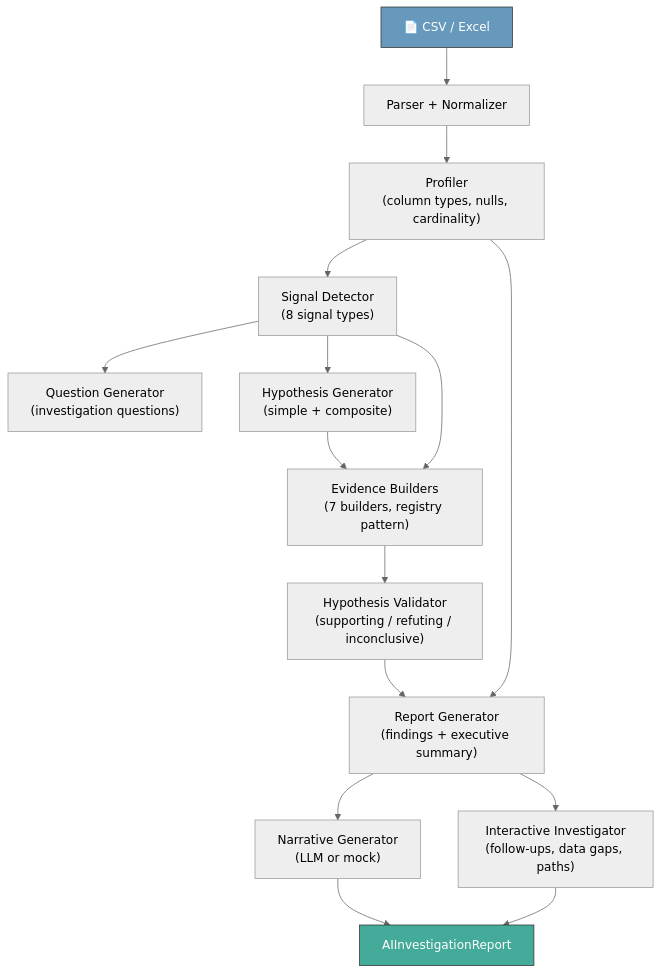
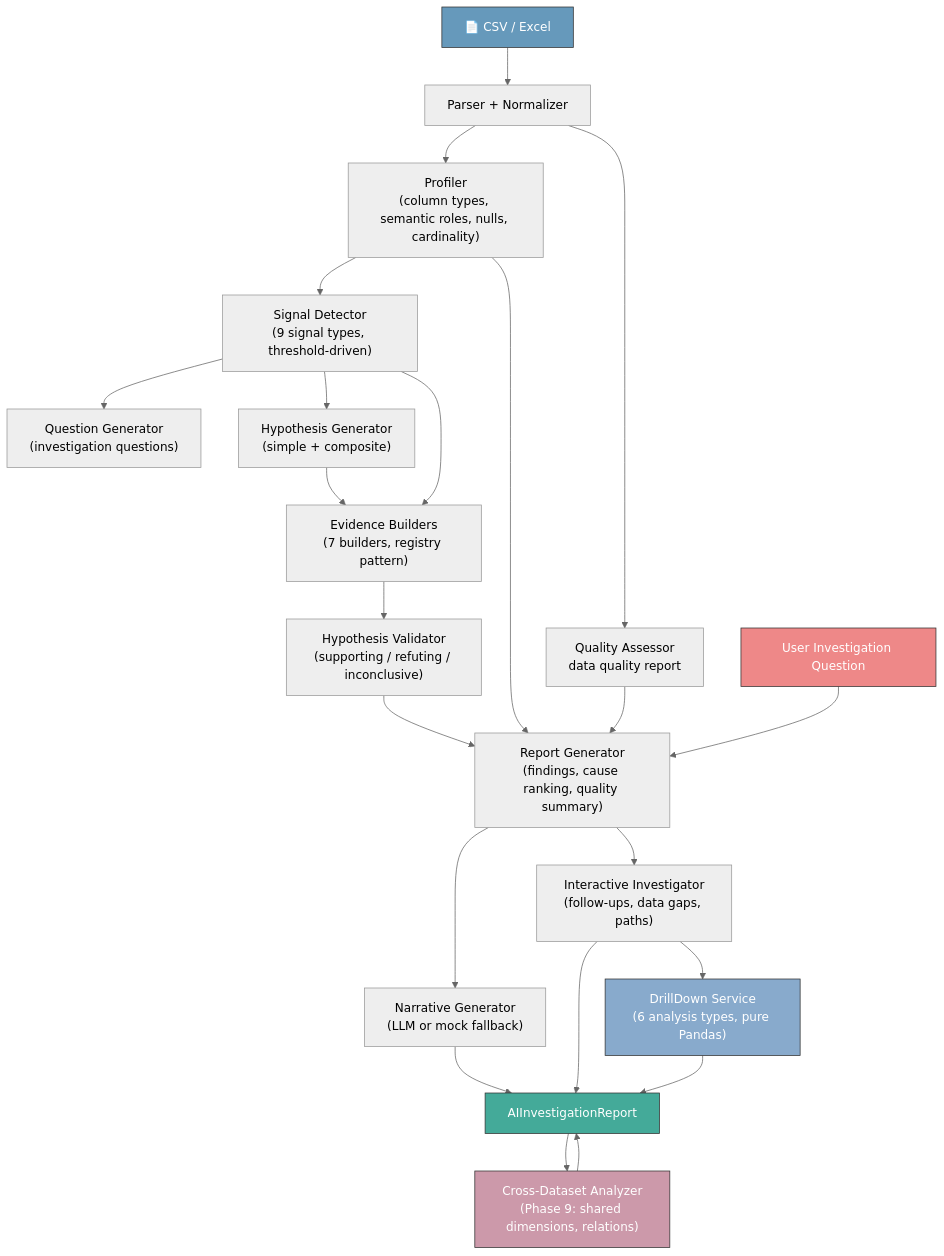
Before and after one commit to Nakurusu/Evidence-Grounded-Investigation-Agent: the diagram in docs/architecture.md, drawn with Mermaid (neutral theme). The commit also changed other lines of this file and 4 other files, not shown here.

````diff
--- a/docs/architecture.md
+++ b/docs/architecture.md
@@ -5,22 +5,34 @@
 ```mermaid
 flowchart TD
     CSV["📄 CSV / Excel"] --> P["Parser + Normalizer"]
-    P --> PROFILE["Profiler\n(column types, nulls, cardinality)"]
-    PROFILE --> SIGNALS["Signal Detector\n(8 signal types)"]
+    P --> QUALITY["Quality Assessor\ndata quality report"]
+    P --> PROFILE["Profiler\n(column types, semantic roles, nulls, cardinality)"]
+    PROFILE --> SIGNALS["Signal Detector\n(9 signal types, threshold-driven)"]
     SIGNALS --> QUESTIONS["Question Generator\n(investigation questions)"]
     SIGNALS --> HYPOTHESES["Hypothesis Generator\n(simple + composite)"]
     HYPOTHESES --> EVIDENCE["Evidence Builders\n(7 builders, registry pattern)"]
     SIGNALS --> EVIDENCE
     EVIDENCE --> VALIDATE["Hypothesis Validator\n(supporting / refuting / inconclusive)"]
-    PROFILE --> REPORT["Report Generator\n(findings + executive summary)"]
-    VALIDATE --> REPORT
+    VALIDATE --> REPORT["Report Generator\n(findings, cause ranking, quality summary)"]
+    PROFILE --> REPORT
+    QUALITY --> REPORT
+    QUESTION["User Investigation Question"] --> REPORT
 
-    REPORT --> NARRATIVE["Narrative Generator\n(LLM or mock)"]
+    REPORT --> NARRATIVE["Narrative Generator\n(LLM or mock fallback)"]
     NARRATIVE --> AIREPORT["AIInvestigationReport"]
 
     REPORT --> INTERACTIVE["Interactive Investigator\n(follow-ups, data gaps, paths)"]
     INTERACTIVE --> AIREPORT
 
+    INTERACTIVE --> DRILLDOWN["DrillDown Service\n(6 analysis types, pure Pandas)"]
+    DRILLDOWN --> AIREPORT
+
+    AIREPORT --> CROSS["Cross-Dataset Analyzer\n(Phase 9: shared dimensions, relations)"]
+    CROSS --> AIREPORT
+
     style AIREPORT fill:#4a9,stroke:#333,color:#fff
     style CSV fill:#69b,stroke:#333,color:#fff
+    style QUESTION fill:#e88,stroke:#333,color:#fff
+    style DRILLDOWN fill:#8ac,stroke:#333,color:#fff
+    style CROSS fill:#c9a,stroke:#333,color:#fff
 ```
````
